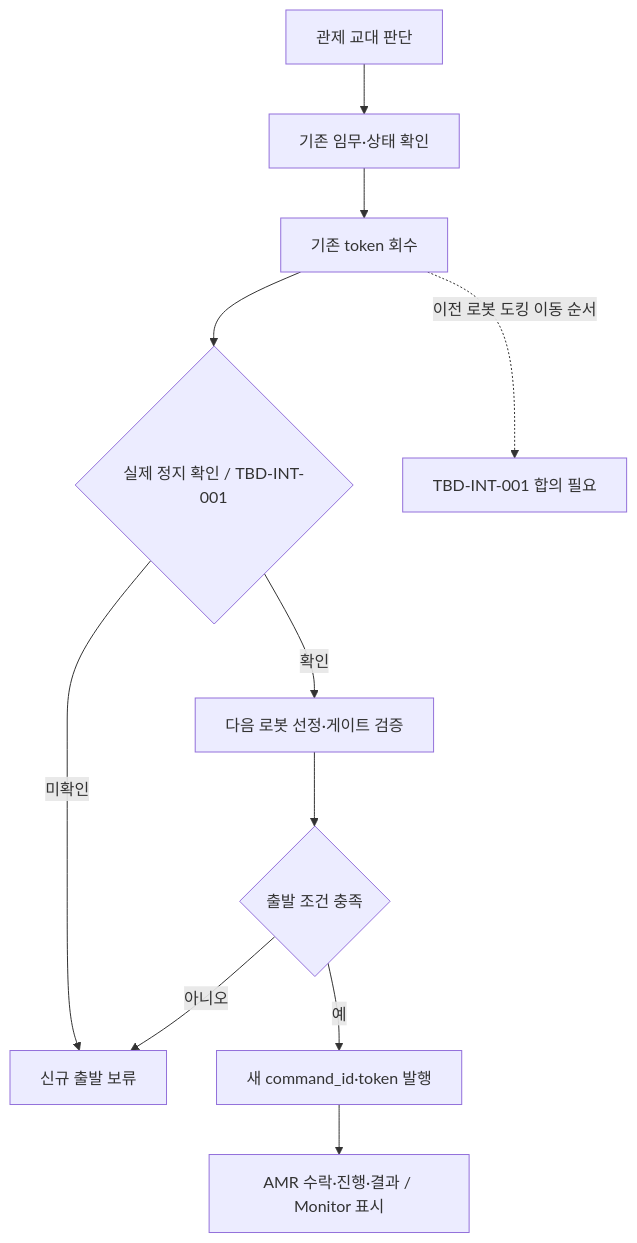
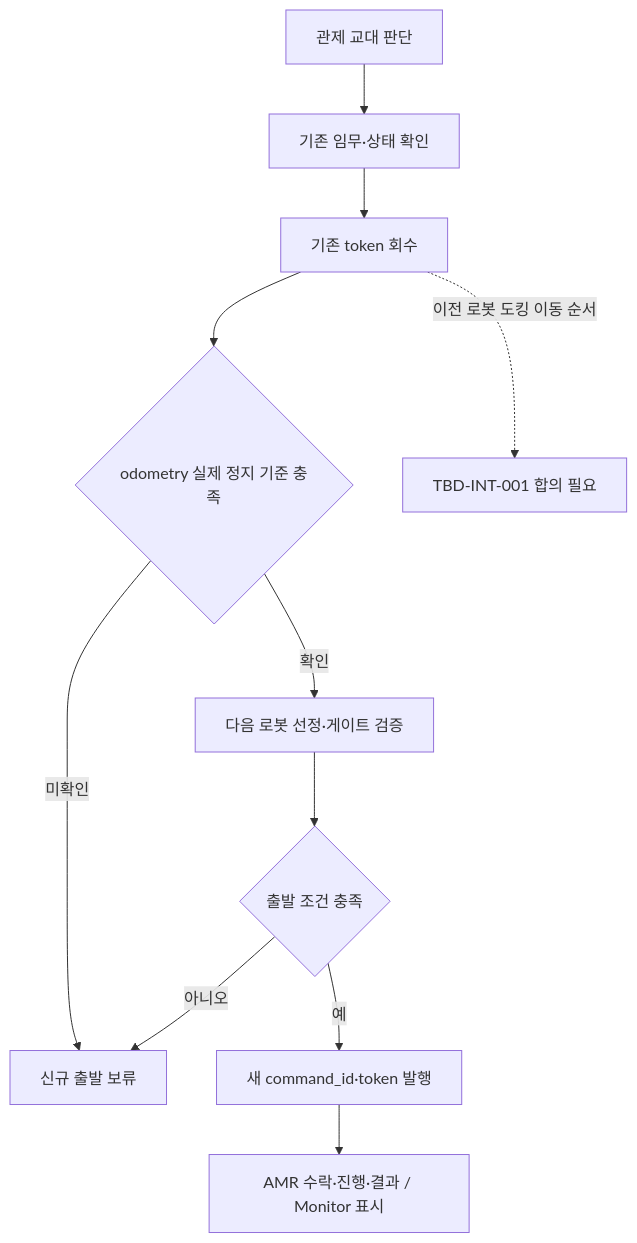
Before and after one commit to suuuhululu/patrol: the third of 8 diagrams in docs/scenarios.md, drawn with Mermaid. The commit also changed other lines of this file and 5 other files, not shown here.

```diff
--- a/docs/scenarios.md
+++ b/docs/scenarios.md
@@ -111,13 +112,13 @@
 ~~~mermaid
 flowchart TD
     A[관제 교대 판단] --> B[기존 임무·상태 확인]
     B --> C[기존 token 회수]
-    C --> D{실제 정지 확인 / TBD-INT-001}
+    C --> D{odometry 실제 정지 기준 충족}
     D -->|미확인| X[신규 출발 보류]
     D -->|확인| E[다음 로봇 선정·게이트 검증]
     E --> F{출발 조건 충족}
     F -->|아니오| X
     F -->|예| G[새 command_id·token 발행]
     G --> H[AMR 수락·진행·결과 / Monitor 표시]
     C -. 이전 로봇 도킹 이동 순서 .-> T[TBD-INT-001 합의 필요]
 ~~~
```
